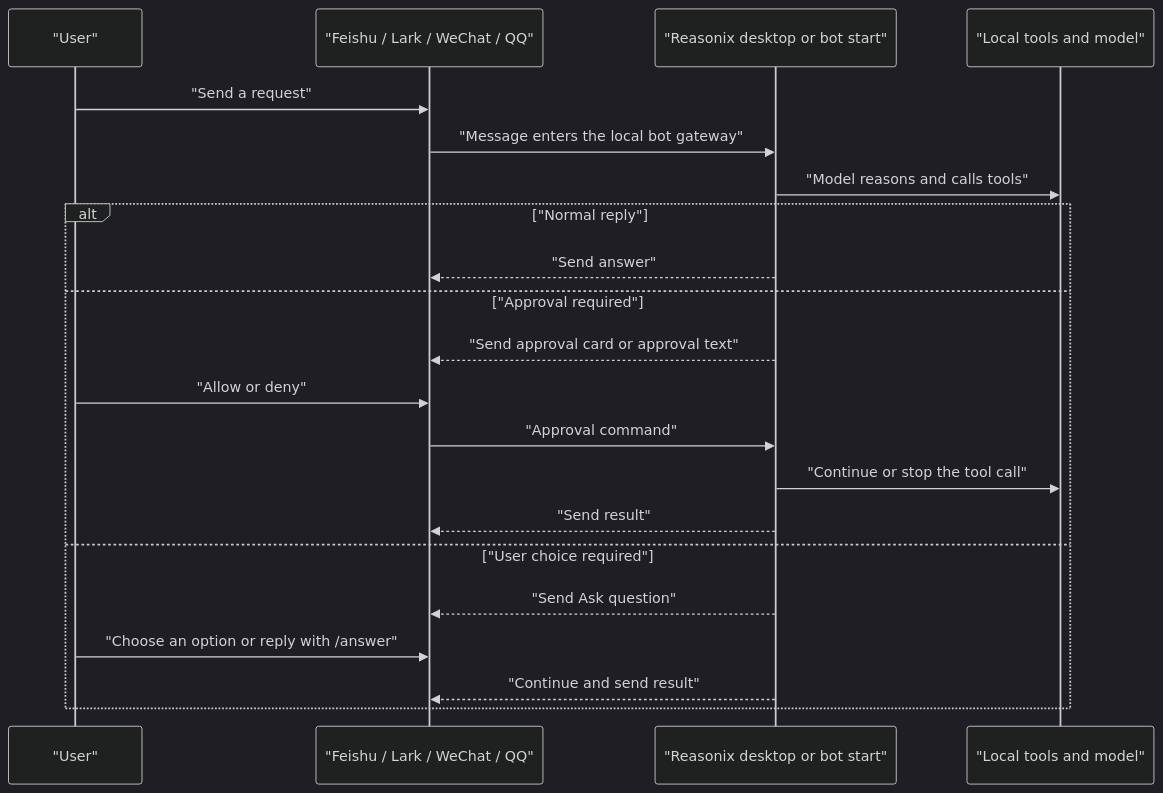
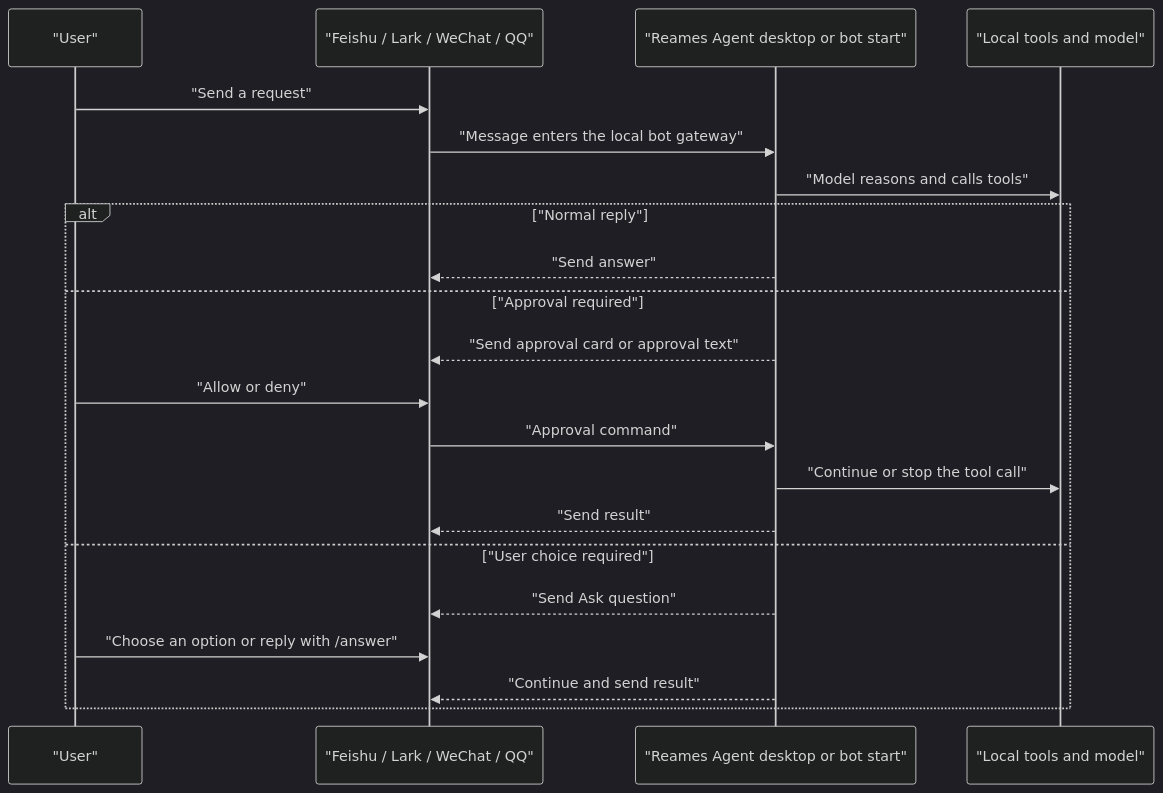
One commit to Ebonyhtx/reames-agent changed the second of 3 diagrams in docs/BOT_GUIDE.md. Above: the diagram before and after it, drawn with Mermaid (dark theme). The commit also changed other lines of this file and 751 other files, not shown here.

First line of the commit message:
Rebrand: Reasonix → Reames Agent

````diff
--- a/docs/BOT_GUIDE.md
+++ b/docs/BOT_GUIDE.md
@@ -265,24 +265,24 @@
 ```mermaid
 sequenceDiagram
   participant U as "User"
   participant IM as "Feishu / Lark / WeChat / QQ"
-  participant R as "Reasonix desktop or bot start"
+  participant R as "Reames Agent desktop or bot start"
   participant T as "Local tools and model"
 
   U->>IM: "Send a request"
   IM->>R: "Message enters the local bot gateway"
   R->>T: "Model reasons and calls tools"
   alt "Normal reply"
     R-->>IM: "Send answer"
   else "Approval required"
     R-->>IM: "Send approval card or approval text"
     U->>IM: "Allow or deny"
     IM->>R: "Approval command"
     R->>T: "Continue or stop the tool call"
     R-->>IM: "Send result"
   else "User choice required"
     R-->>IM: "Send Ask question"
     U->>IM: "Choose an option or reply with /answer"
     R-->>IM: "Continue and send result"
   end
 ```
````
